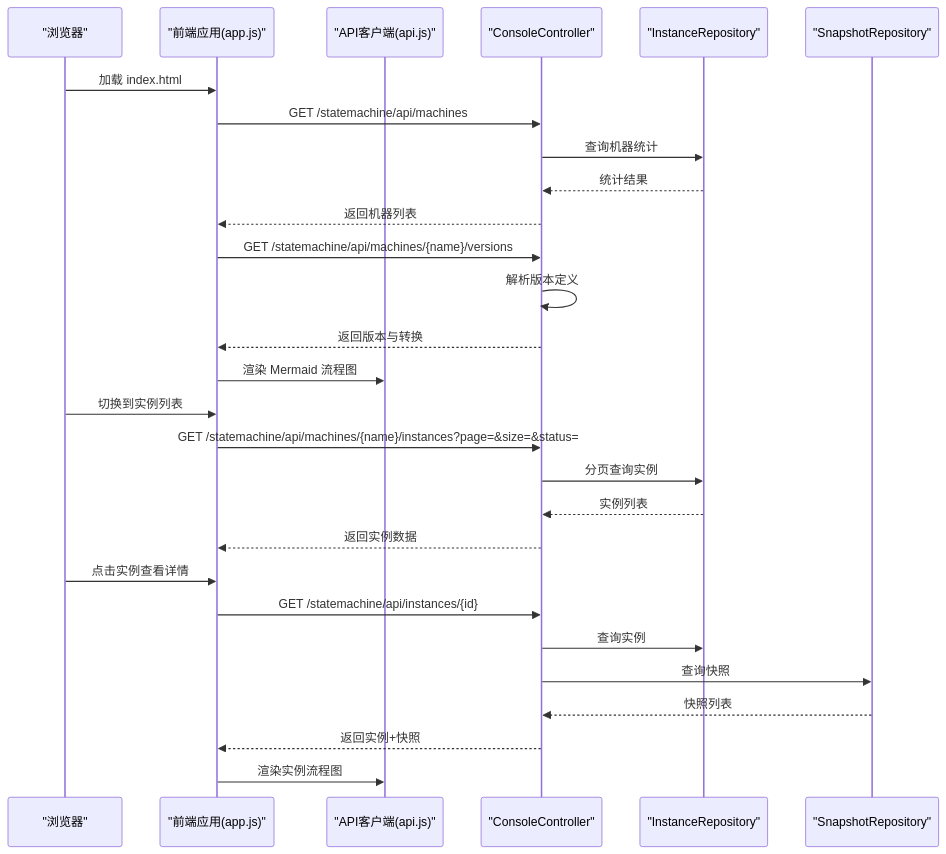
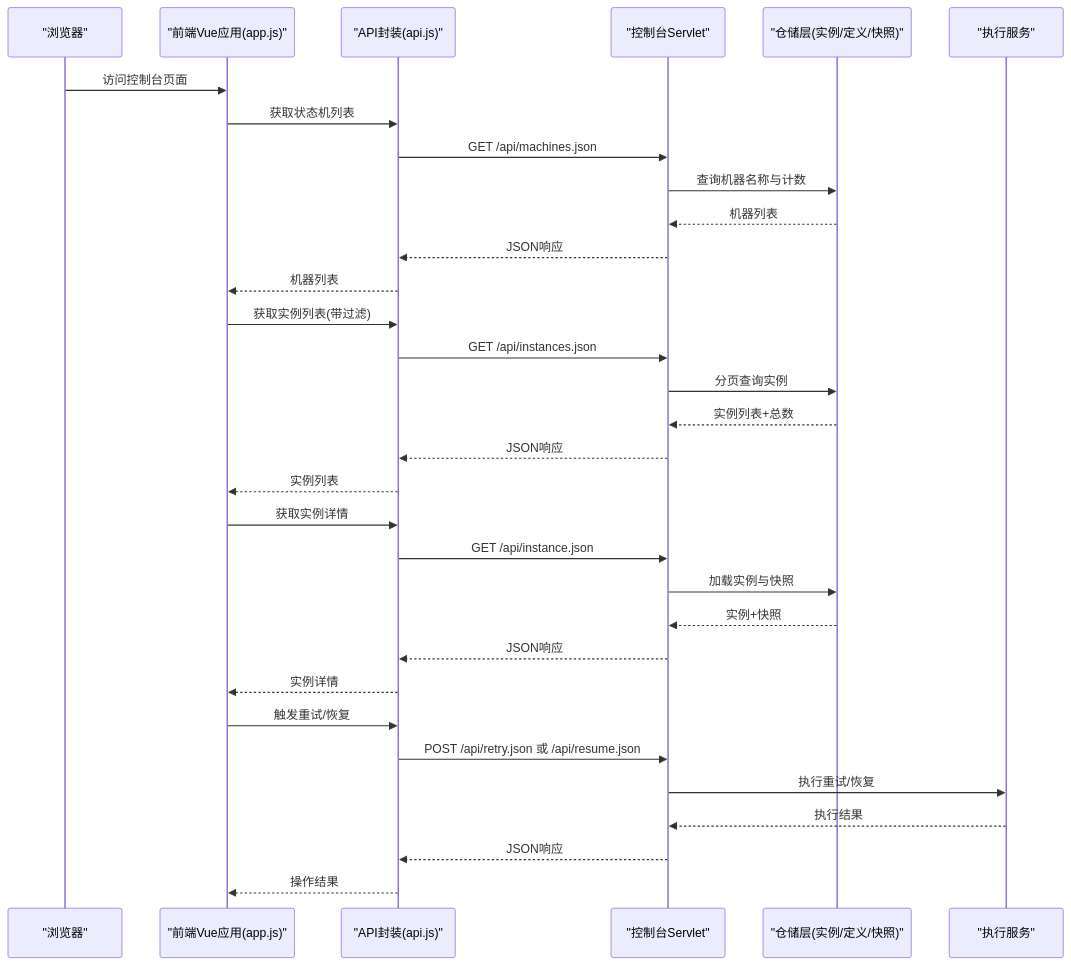
Before and after one commit to xiaoche80s-tech/state-machine-parent: the second of 6 diagrams in .qoder/repowiki/zh/content/管理控制台/管理控制台.md, drawn with Mermaid. The commit also changed other lines of this file and 97 other files, not shown here.

````diff
--- a/.qoder/repowiki/zh/content/管理控制台/管理控制台.md
+++ b/.qoder/repowiki/zh/content/管理控制台/管理控制台.md
@@ -118,30 +110,34 @@
 ```mermaid
 sequenceDiagram
 participant Browser as "浏览器"
-participant Front as "前端应用(app.js)"
-participant API as "API客户端(api.js)"
-participant Ctrl as "ConsoleController"
-participant RepoInst as "InstanceRepository"
-participant RepoSnap as "SnapshotRepository"
-Browser->>Front : 加载 index.html
-Front->>Ctrl : GET /statemachine/api/machines
-Ctrl->>RepoInst : 查询机器统计
-RepoInst-->>Ctrl : 统计结果
-Ctrl-->>Front : 返回机器列表
-Front->>Ctrl : GET /statemachine/api/machines/{name}/versions
-Ctrl->>Ctrl : 解析版本定义
-Ctrl-->>Front : 返回版本与转换
-Front->>API : 渲染 Mermaid 流程图
-Browser->>Front : 切换到实例列表
-Front->>Ctrl : GET /statemachine/api/machines/{name}/instances?page=&size=&status=
-Ctrl->>RepoInst : 分页查询实例
-RepoInst-->>Ctrl : 实例列表
-Ctrl-->>Front : 返回实例数据
-Browser->>Front : 点击实例查看详情
-Front->>Ctrl : GET /statemachine/api/instances/{id}
-Ctrl->>RepoInst : 查询实例
-Ctrl->>RepoSnap : 查询快照
-RepoSnap-->>Ctrl : 快照列表
-Ctrl-->>Front : 返回实例+快照
-Front->>API : 渲染实例流程图
+participant Front as "前端Vue应用(app.js)"
+participant API as "API封装(api.js)"
+participant Servlet as "控制台Servlet"
+participant Repo as "仓储层(实例/定义/快照)"
+participant Engine as "执行服务"
+Browser->>Front : 访问控制台页面
+Front->>API : 获取状态机列表
+API->>Servlet : GET /api/machines.json
+Servlet->>Repo : 查询机器名称与计数
+Repo-->>Servlet : 机器列表
+Servlet-->>API : JSON响应
+API-->>Front : 机器列表
+Front->>API : 获取实例列表(带过滤)
+API->>Servlet : GET /api/instances.json
+Servlet->>Repo : 分页查询实例
+Repo-->>Servlet : 实例列表+总数
+Servlet-->>API : JSON响应
+API-->>Front : 实例列表
+Front->>API : 获取实例详情
+API->>Servlet : GET /api/instance.json
+Servlet->>Repo : 加载实例与快照
+Repo-->>Servlet : 实例+快照
+Servlet-->>API : JSON响应
+API-->>Front : 实例详情
+Front->>API : 触发重试/恢复
+API->>Servlet : POST /api/retry.json 或 /api/resume.json
+Servlet->>Engine : 执行重试/恢复
+Engine-->>Servlet : 执行结果
+Servlet-->>API : JSON响应
+API-->>Front : 操作结果
 ```
````
